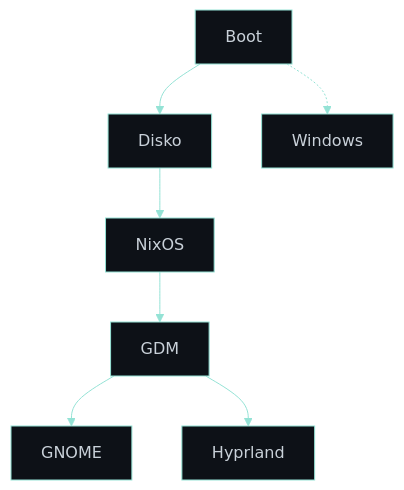
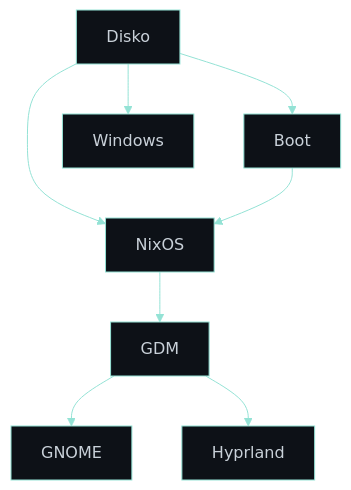
Before and after one commit to RomeoCavazza/nixos-config: the diagram in README.md, drawn with Mermaid.

Commit message:
docs: make Disko the root node partitioning Boot, Windows, and NixOS

````diff
--- a/README.md
+++ b/README.md
@@ -33,10 +33,11 @@
 ```mermaid
 %%{init: {'theme': 'base', 'themeVariables': { 'primaryColor': '#161b22', 'secondaryColor': '#0d1117', 'tertiaryColor': '#0d1117', 'primaryBorderColor': '#94e2d5', 'lineColor': '#94e2d5', 'primaryTextColor': '#c9d1d9', 'mainBkg': '#0d1117', 'clusterBkg': '#161b22', 'clusterBorder': '#30363d' }}}%%
 flowchart TB
-  Boot --> Disko
-  Boot -.-> Windows
+  Disko --> Boot
+  Disko --> Windows
   Disko --> NixOS
+  Boot --> NixOS
   NixOS --> GDM
   GDM --> GNOME
   GDM --> Hyprland
 ```
````
